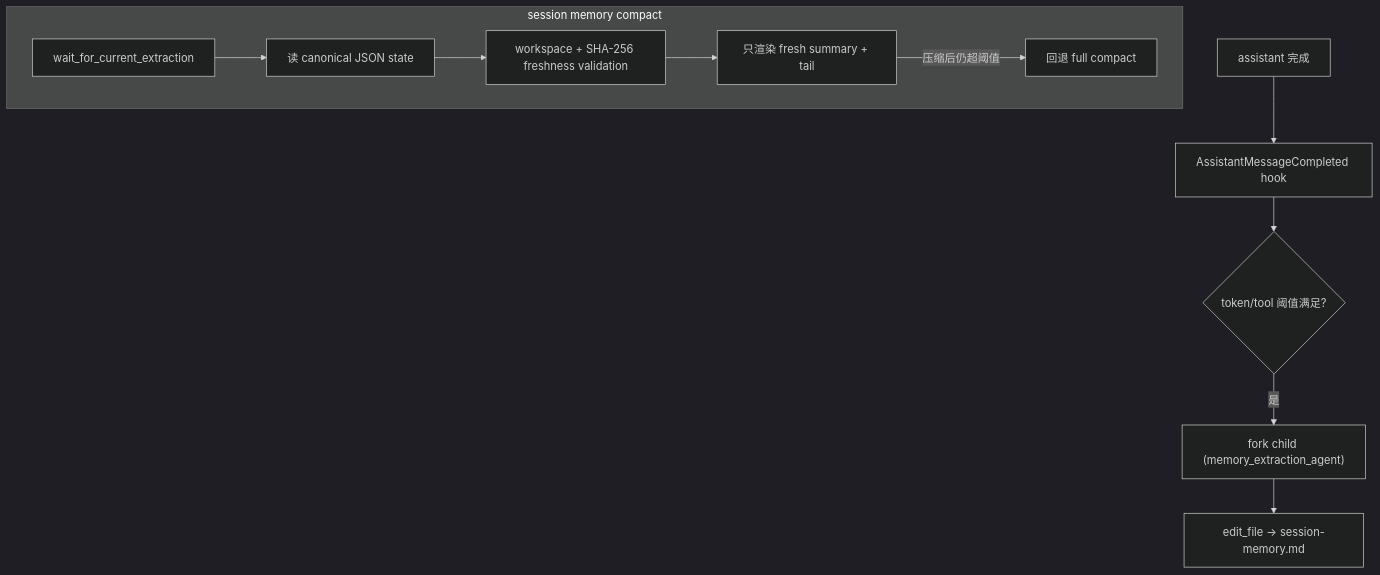
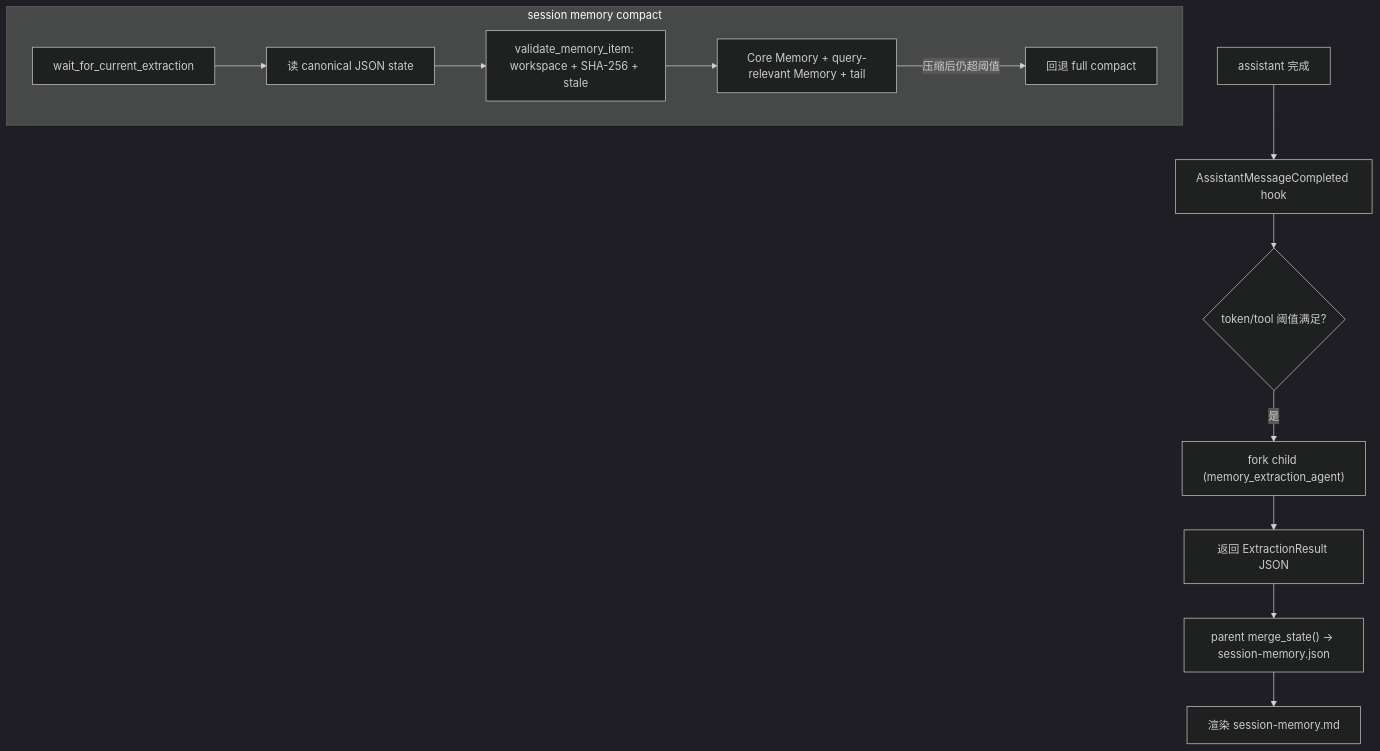
The second of 2 diagrams in docs/design-docs/compaction-architecture.md (CHENSHIYI0929/R-Code), drawn with Mermaid (dark theme) before and after one commit. The commit also changed other lines of this file and 31 other files, not shown here.

````diff
--- a/docs/design-docs/compaction-architecture.md
+++ b/docs/design-docs/compaction-architecture.md
@@ -96,13 +98,15 @@
 ```mermaid
 flowchart TD
   Asst["assistant 完成"] --> Hook["AssistantMessageCompleted hook"]
   Hook --> Policy{"token/tool 阈值满足?"}
   Policy -->|是| Fork["fork child (memory_extraction_agent)"]
-  Fork --> Edit["edit_file → session-memory.md"]
+  Fork --> JSON["返回 ExtractionResult JSON"]
+  JSON --> Merge["parent merge_state() → session-memory.json"]
+  Merge --> Render["渲染 session-memory.md"]
   subgraph Consume["session memory compact"]
     Wait["wait_for_current_extraction"] --> Read["读 canonical JSON state"]
-    Read --> Validate["workspace + SHA-256 freshness validation"]
-    Validate --> Build["只渲染 fresh summary + tail"]
+    Read --> Validate["validate_memory_item: workspace + SHA-256 + stale"]
+    Validate --> Build["Core Memory + query-relevant Memory + tail"]
     Build -->|压缩后仍超阈值| FullBack["回退 full compact"]
   end
 ```
````
